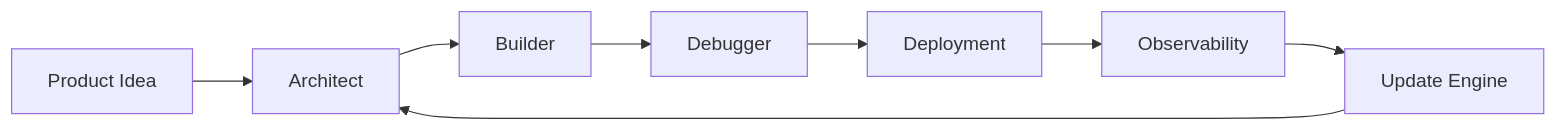
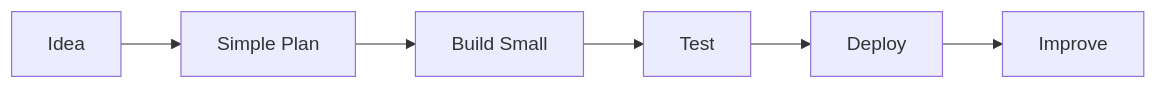
The diagram in README.md (mahidulislamnakib/CloudflareOS), drawn with Mermaid before and after one commit. The commit also changed other lines of this file, not shown here.

````diff
--- a/README.md
+++ b/README.md
@@ -9,10 +13,8 @@
 ```mermaid
 flowchart LR
-  Idea[Product Idea] --> Architect[Architect]
-  Architect --> Builder[Builder]
-  Builder --> Debugger[Debugger]
-  Debugger --> Deploy[Deployment]
-  Deploy --> Observe[Observability]
-  Observe --> Update[Update Engine]
-  Update --> Architect
+  Idea[Idea] --> Simple[Simple Plan]
+  Simple --> Build[Build Small]
+  Build --> Test[Test]
+  Test --> Deploy[Deploy]
+  Deploy --> Improve[Improve]
 ```
````
